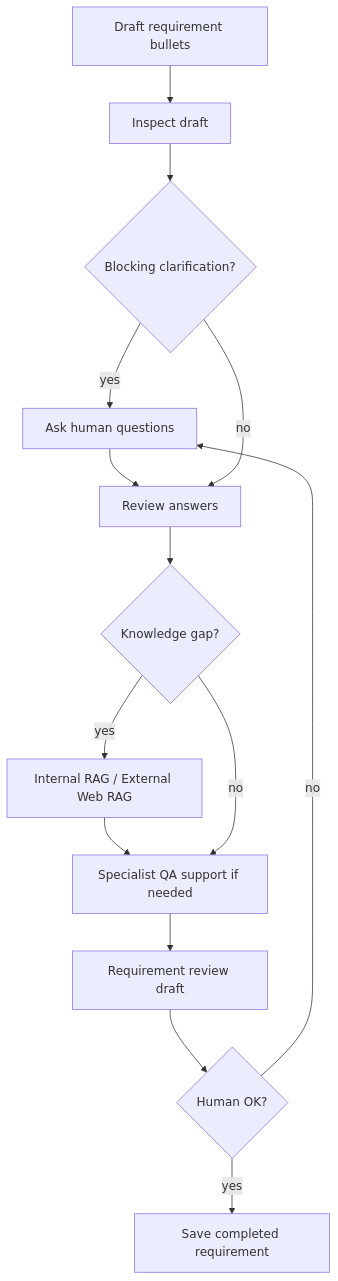
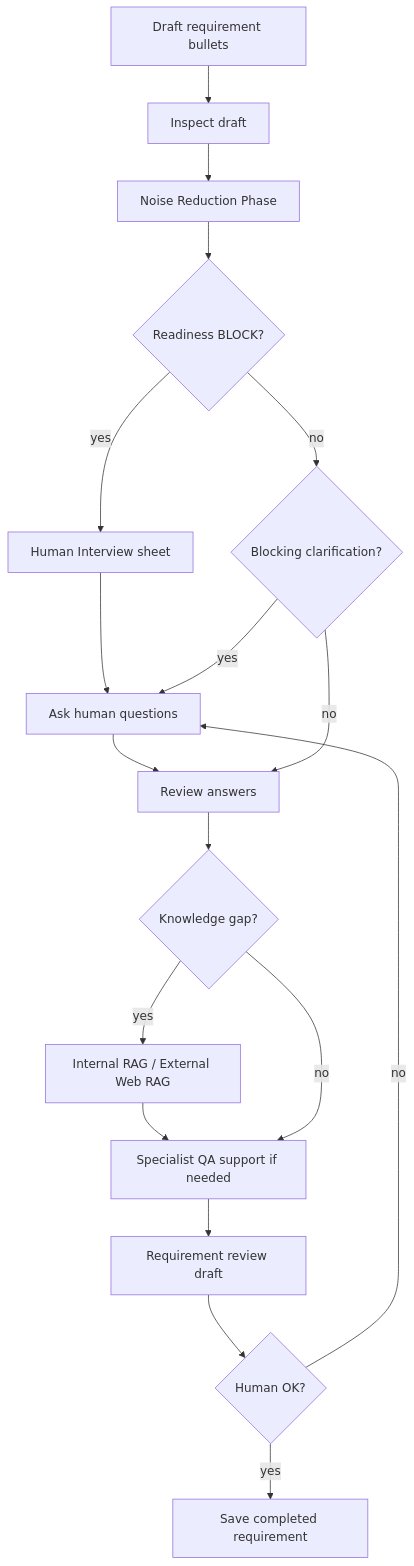
The first of 13 diagrams in docs/diagrams/workflow-flowcharts.md (inabako/ariadne-ai-workflow-platform), drawn with Mermaid before and after one commit. The commit also changed 29 other files, not shown here.

````diff
--- a/docs/diagrams/workflow-flowcharts.md
+++ b/docs/diagrams/workflow-flowcharts.md
@@ -9,16 +9,20 @@
 ```mermaid
 flowchart TD
   A[Draft requirement bullets] --> B[Inspect draft]
-  B --> C{Blocking clarification?}
-  C -- yes --> D[Ask human questions]
-  D --> E[Review answers]
-  C -- no --> E
-  E --> F{Knowledge gap?}
-  F -- yes --> G[Internal RAG / External Web RAG]
-  G --> H[Specialist QA support if needed]
-  F -- no --> H
-  H --> I[Requirement review draft]
-  I --> J{Human OK?}
-  J -- no --> D
-  J -- yes --> K[Save completed requirement]
+  B --> C[Noise Reduction Phase]
+  C --> D{Readiness BLOCK?}
+  D -- yes --> E[Human Interview sheet]
+  E --> F[Ask human questions]
+  F --> G[Review answers]
+  D -- no --> H{Blocking clarification?}
+  H -- yes --> F
+  H -- no --> G
+  G --> I{Knowledge gap?}
+  I -- yes --> J[Internal RAG / External Web RAG]
+  J --> K[Specialist QA support if needed]
+  I -- no --> K
+  K --> L[Requirement review draft]
+  L --> M{Human OK?}
+  M -- no --> F
+  M -- yes --> N[Save completed requirement]
 ```
````
